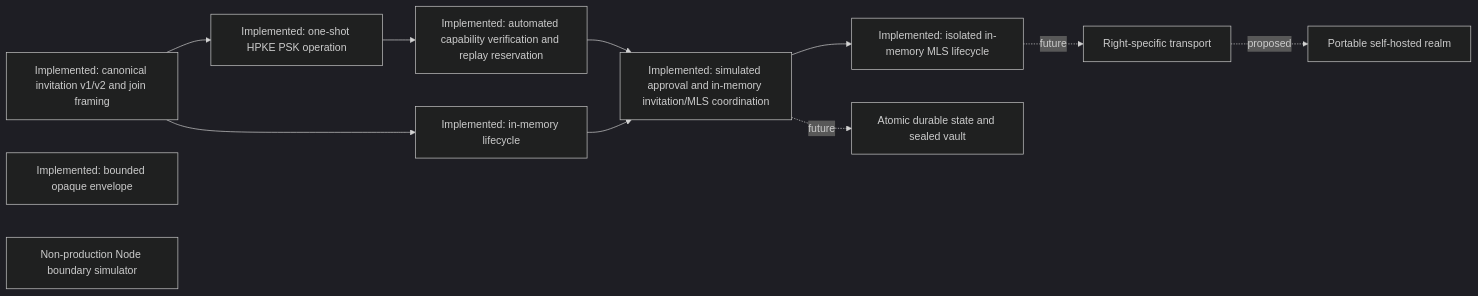
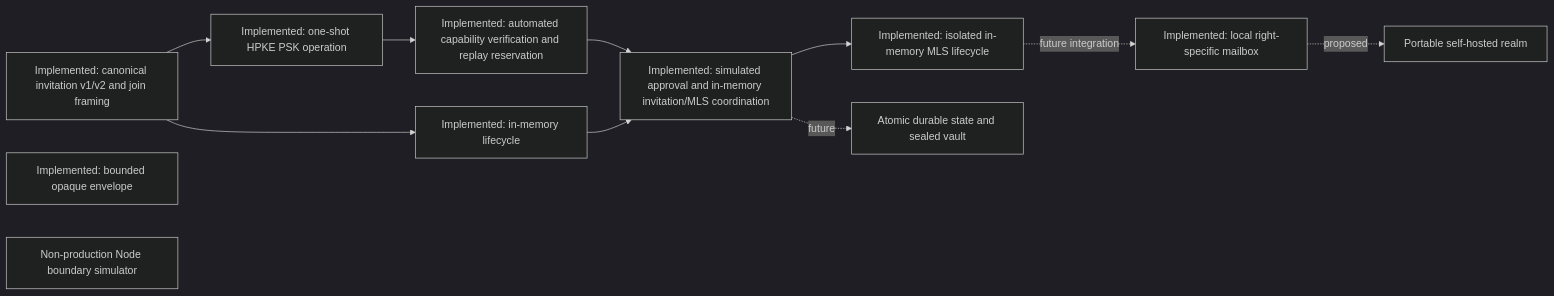
Before and after one commit to dills122/session-chat: the diagram in docs/INDEPENDENT_AUDIT_BRIEF.md, drawn with Mermaid (dark theme). The commit also changed other lines of this file and 18 other files, not shown here.

Commit message:
feat: add right-specific local welcome mailbox

````diff
--- a/docs/INDEPENDENT_AUDIT_BRIEF.md
+++ b/docs/INDEPENDENT_AUDIT_BRIEF.md
@@ -78,15 +83,15 @@
 ```mermaid
 flowchart LR
   I["Implemented: canonical invitation v1/v2 and join framing"] --> P["Implemented: one-shot HPKE PSK operation"]
   P --> C["Implemented: automated capability verification and replay reservation"]
   I --> R["Implemented: in-memory lifecycle"]
   E["Implemented: bounded opaque envelope"]
   M["Implemented: isolated in-memory MLS lifecycle"]
   N["Non-production Node boundary simulator"]
   C --> A["Implemented: simulated approval and in-memory invitation/MLS coordination"]
   R --> A
   A --> M
-  M -. future .-> T["Right-specific transport"]
+  M -. future integration .-> T["Implemented: local right-specific mailbox"]
   A -. future .-> V["Atomic durable state and sealed vault"]
   T -. proposed .-> H["Portable self-hosted realm"]
 ```
````
